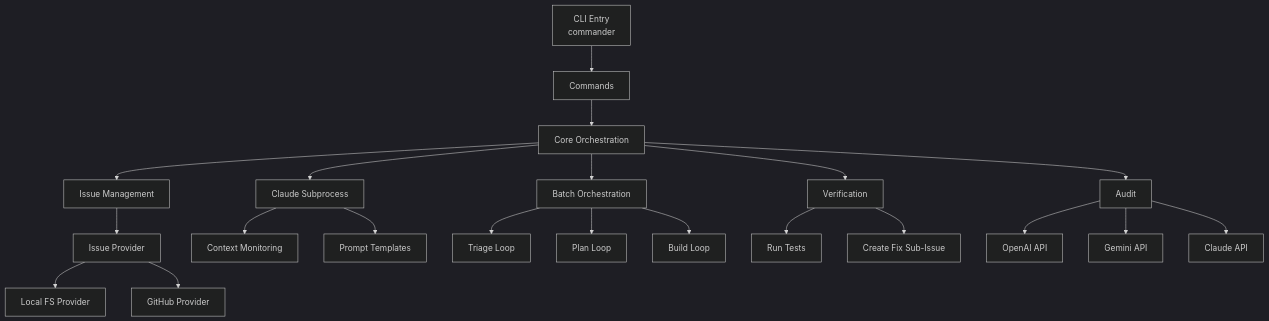
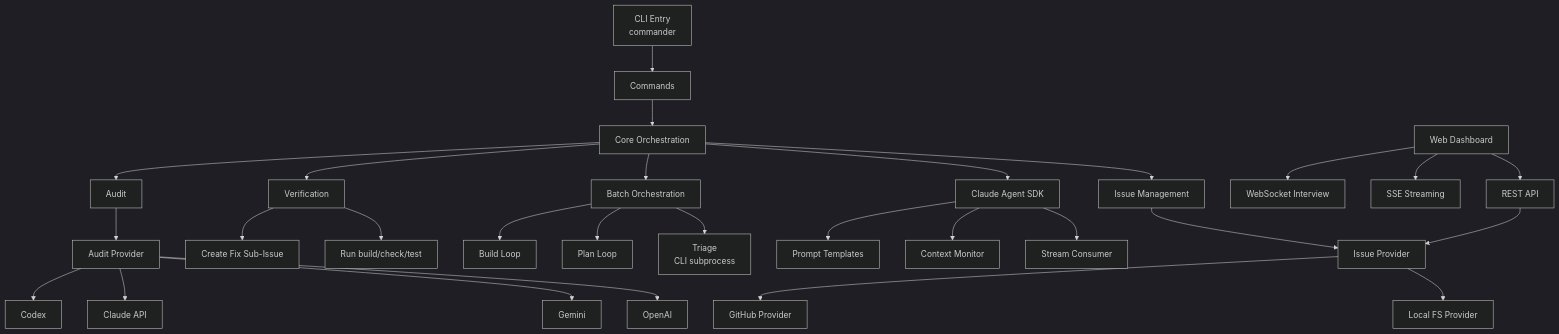
The diagram in PRD.md (vx-daniel/barf-ts), drawn with Mermaid (dark theme) before and after one commit. The commit also changed other lines of this file and 16 other files, not shown here.

````diff
--- a/PRD.md
+++ b/PRD.md
@@ -310,29 +377,37 @@
 ```mermaid
 graph TB
     CLI[CLI Entry<br/>commander] --> Commands[Commands]
     Commands --> Core[Core Orchestration]
 
     Core --> Issue[Issue Management]
-    Core --> Claude[Claude Subprocess]
+    Core --> SDK[Claude Agent SDK]
     Core --> Batch[Batch Orchestration]
     Core --> Verify[Verification]
     Core --> Audit[Audit]
 
     Issue --> Provider[Issue Provider]
     Provider --> Local[Local FS Provider]
     Provider --> GitHub[GitHub Provider]
 
-    Claude --> Context[Context Monitoring]
-    Claude --> Prompts[Prompt Templates]
+    SDK --> Stream[Stream Consumer]
+    SDK --> Context[Context Monitor]
+    SDK --> Prompts[Prompt Templates]
 
-    Batch --> Triage[Triage Loop]
+    Batch --> Triage[Triage<br/>CLI subprocess]
     Batch --> Plan[Plan Loop]
     Batch --> Build[Build Loop]
 
-    Verify --> Tests[Run Tests]
+    Verify --> Checks[Run build/check/test]
     Verify --> SubIssue[Create Fix Sub-Issue]
 
-    Audit --> OpenAI[OpenAI API]
-    Audit --> Gemini[Gemini API]
-    Audit --> ClaudeAPI[Claude API]
+    Audit --> AuditProvider[Audit Provider]
+    AuditProvider --> OpenAI[OpenAI]
+    AuditProvider --> Gemini[Gemini]
+    AuditProvider --> ClaudeAPI[Claude API]
+    AuditProvider --> Codex[Codex]
+
+    Dashboard[Web Dashboard] --> DashAPI[REST API]
+    Dashboard --> SSE[SSE Streaming]
+    Dashboard --> WS[WebSocket Interview]
+    DashAPI --> Provider
 ```
````
